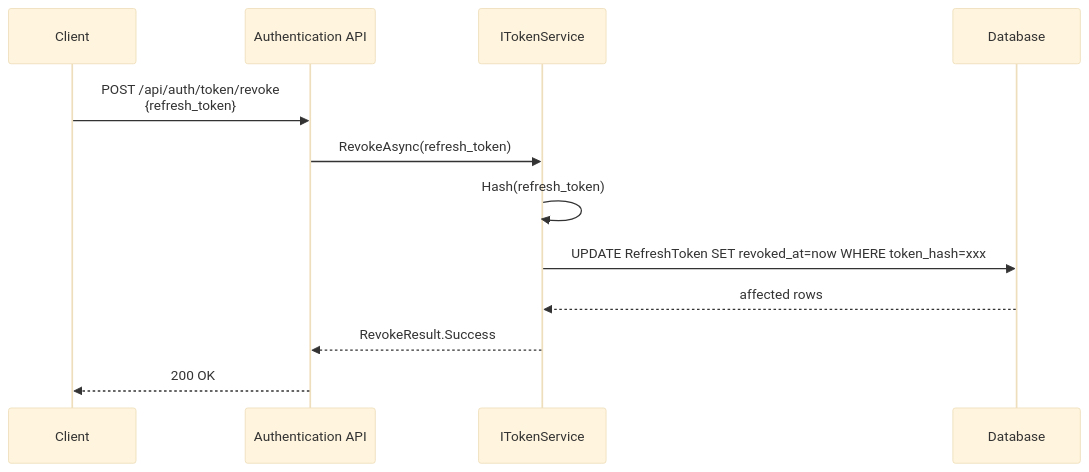
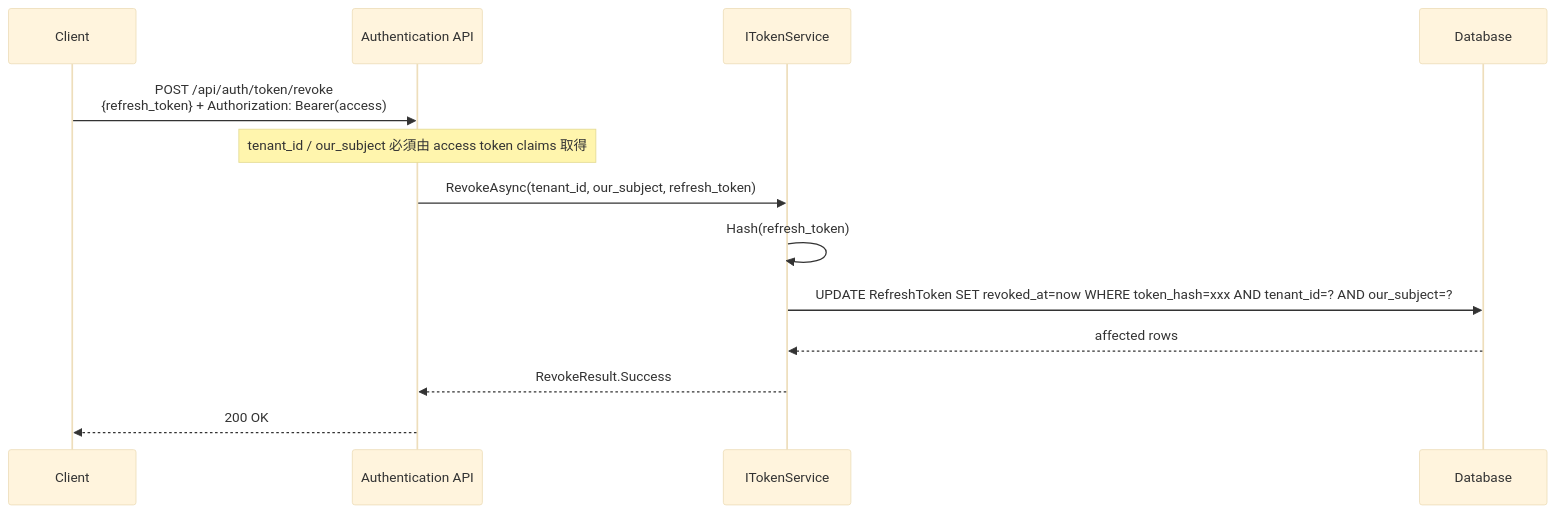
The sixth of 12 diagrams in docs/SequenceDiagrams.md (Bird73/Service), drawn with Mermaid (base theme) before and after one commit. The commit also changed other lines of this file and 5 other files, not shown here.

Commit message:
Align OIDC code_verifier param, formalize AuthState rules, and scope revoke by claims

````diff
--- a/docs/SequenceDiagrams.md
+++ b/docs/SequenceDiagrams.md
@@ -219,16 +219,17 @@
 ```mermaid
 sequenceDiagram
     participant C as Client
     participant API as Authentication API
     participant TS as ITokenService
     participant DB as Database
 
-    C->>API: POST /api/auth/token/revoke<br/>{refresh_token}
-    API->>TS: RevokeAsync(refresh_token)
+    C->>API: POST /api/auth/token/revoke<br/>{refresh_token} + Authorization: Bearer(access)
+    note over API: tenant_id / our_subject 必須由 access token claims 取得
+    API->>TS: RevokeAsync(tenant_id, our_subject, refresh_token)
     TS->>TS: Hash(refresh_token)
-    TS->>DB: UPDATE RefreshToken SET revoked_at=now WHERE token_hash=xxx
+    TS->>DB: UPDATE RefreshToken SET revoked_at=now WHERE token_hash=xxx AND tenant_id=? AND our_subject=?
     DB-->>TS: affected rows
     TS-->>API: RevokeResult.Success
     API-->>C: 200 OK
 
 ```
````
